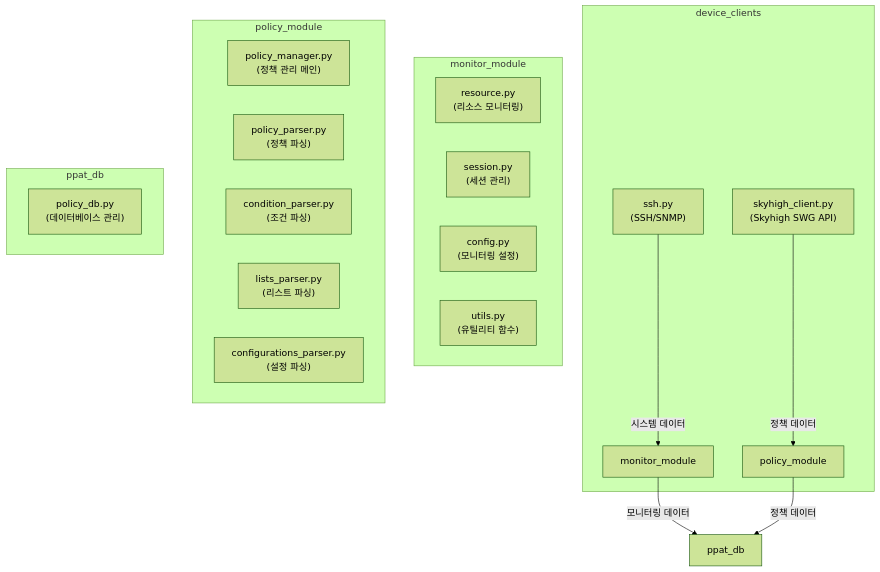
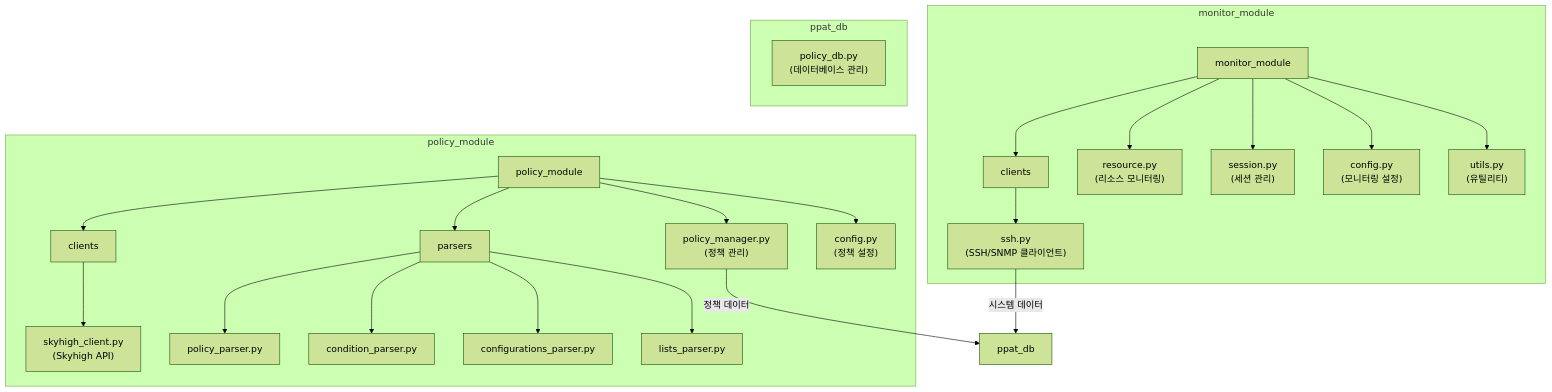
Before and after one commit to hunseop/proxy_tool: the diagram in docs/module_architecture.md, drawn with Mermaid (forest theme). The commit also changed other lines of this file and 10 other files, not shown here.

````diff
--- a/docs/module_architecture.md
+++ b/docs/module_architecture.md
@@ -5,29 +5,33 @@
 ```mermaid
 graph TD
-    subgraph "device_clients"
-        A1["skyhigh_client.py<br/>(Skyhigh SWG API)"] --> |"정책 데이터"| C[policy_module]
-        A2["ssh.py<br/>(SSH/SNMP)"] --> |"시스템 데이터"| B[monitor_module]
-    end
-    
     subgraph "monitor_module"
-        B1["resource.py<br/>(리소스 모니터링)"]
-        B2["session.py<br/>(세션 관리)"]
-        B3["config.py<br/>(모니터링 설정)"]
-        B4["utils.py<br/>(유틸리티 함수)"]
+        B["monitor_module"] --> B1["clients"]
+        B --> B2["resource.py<br/>(리소스 모니터링)"]
+        B --> B3["session.py<br/>(세션 관리)"]
+        B --> B4["config.py<br/>(모니터링 설정)"]
+        B --> B5["utils.py<br/>(유틸리티)"]
+        
+        B1 --> BSH["ssh.py<br/>(SSH/SNMP 클라이언트)"]
     end
     
     subgraph "policy_module"
-        C1["policy_manager.py<br/>(정책 관리 메인)"]
-        C2["policy_parser.py<br/>(정책 파싱)"]
-        C3["condition_parser.py<br/>(조건 파싱)"]
-        C4["lists_parser.py<br/>(리스트 파싱)"]
-        C5["configurations_parser.py<br/>(설정 파싱)"]
+        C["policy_module"] --> C1["clients"]
+        C --> C2["parsers"]
+        C --> C3["policy_manager.py<br/>(정책 관리)"]
+        C --> C4["config.py<br/>(정책 설정)"]
+        
+        C1 --> CSH["skyhigh_client.py<br/>(Skyhigh API)"]
+        
+        C2 --> CP1["policy_parser.py"]
+        C2 --> CP2["condition_parser.py"]
+        C2 --> CP3["configurations_parser.py"]
+        C2 --> CP4["lists_parser.py"]
     end
     
-    B --> |"모니터링 데이터"| D[ppat_db]
-    C --> |"정책 데이터"| D[ppat_db]
+    BSH --> |"시스템 데이터"| D[ppat_db]
+    C3 --> |"정책 데이터"| D[ppat_db]
     
     subgraph "ppat_db"
         D1["policy_db.py<br/>(데이터베이스 관리)"]
     end
 ```
````
